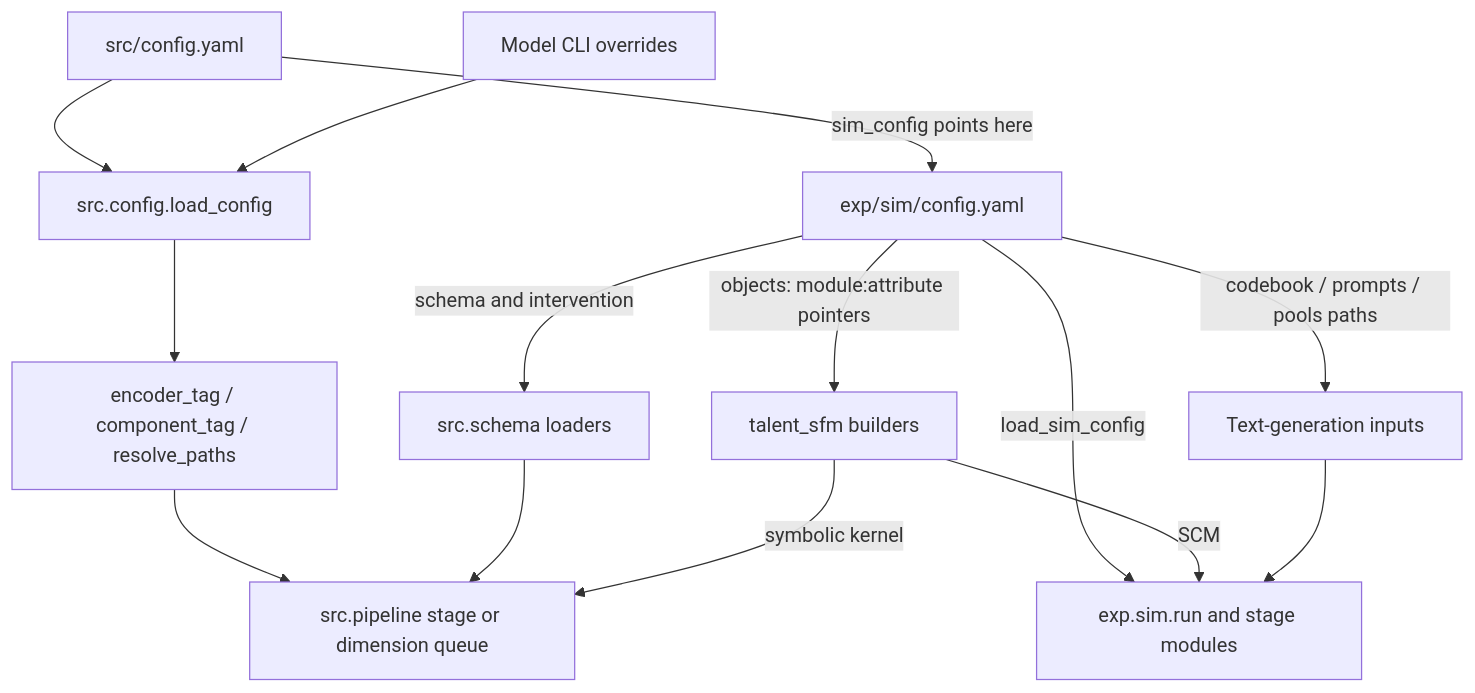
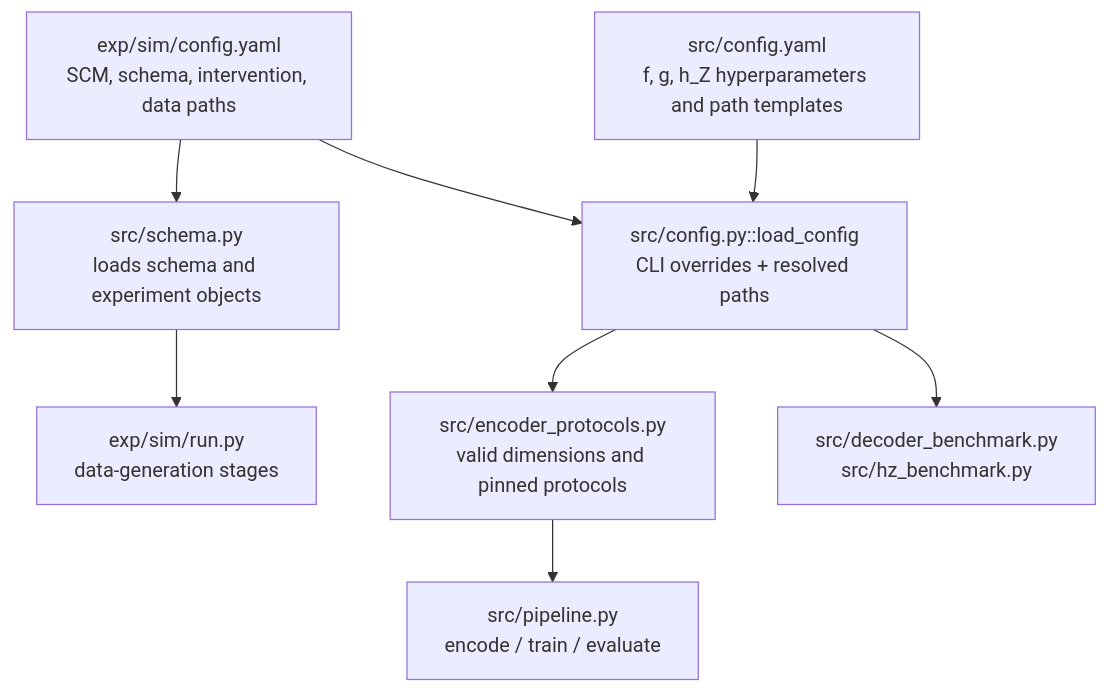
One commit to kestelnadomu/latent_intervention changed the second of 8 diagrams in docs/codebase_guide.md. Above: the diagram before and after it, drawn with Mermaid. The commit also changed other lines of this file, not shown here.

````diff
--- a/docs/codebase_guide.md
+++ b/docs/codebase_guide.md
@@ -142,16 +24,16 @@
 ```mermaid
 flowchart TB
-    SIM["exp/sim/config.yaml"] -->|"load_sim_config"| DATA["exp.sim.run and stage modules"]
-    MODEL["src/config.yaml"] --> LOAD["src.config.load_config"]
-    CLI["Model CLI overrides"] --> LOAD
-    LOAD --> PATHS["encoder_tag / component_tag / resolve_paths"]
-    PATHS --> PIPE["src.pipeline stage or dimension queue"]
-    MODEL -->|"sim_config points here"| SIM
-    SIM -->|"schema and intervention"| SCHEMA["src.schema loaders"]
-    SIM -->|"objects: module:attribute pointers"| BUILDERS["talent_sfm builders"]
-    SCHEMA --> PIPE
-    BUILDERS -->|"SCM"| DATA
-    BUILDERS -->|"symbolic kernel"| PIPE
-    SIM -->|"codebook / prompts / pools paths"| RENDER["Text-generation inputs"]
-    RENDER --> DATA
+    SIMCFG[exp/sim/config.yaml<br/>SCM, schema, intervention, data paths]
+    MODELCFG[src/config.yaml<br/>f, g, h_Z hyperparameters and path templates]
+    SCHEMA[src/schema.py<br/>loads schema and experiment objects]
+    LOAD[src/config.py::load_config<br/>CLI overrides + resolved paths]
+    PROTO[src/encoder_protocols.py<br/>valid dimensions and pinned protocols]
+    GEN[exp/sim/run.py<br/>data-generation stages]
+    PIPE[src/pipeline.py<br/>encode / train / evaluate]
+    BENCH[src/decoder_benchmark.py<br/>src/hz_benchmark.py]
+
+    SIMCFG --> SCHEMA --> GEN
+    SIMCFG --> LOAD
+    MODELCFG --> LOAD --> PROTO --> PIPE
+    LOAD --> BENCH
 ```
````
